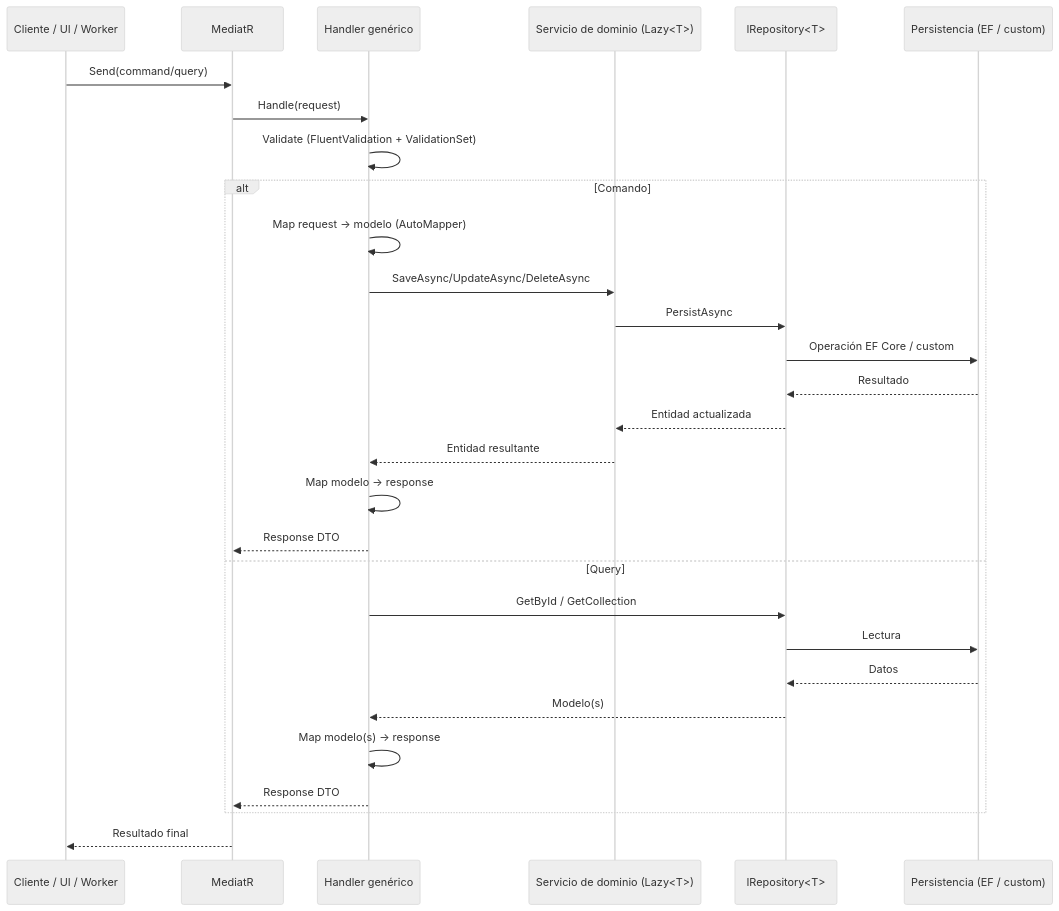
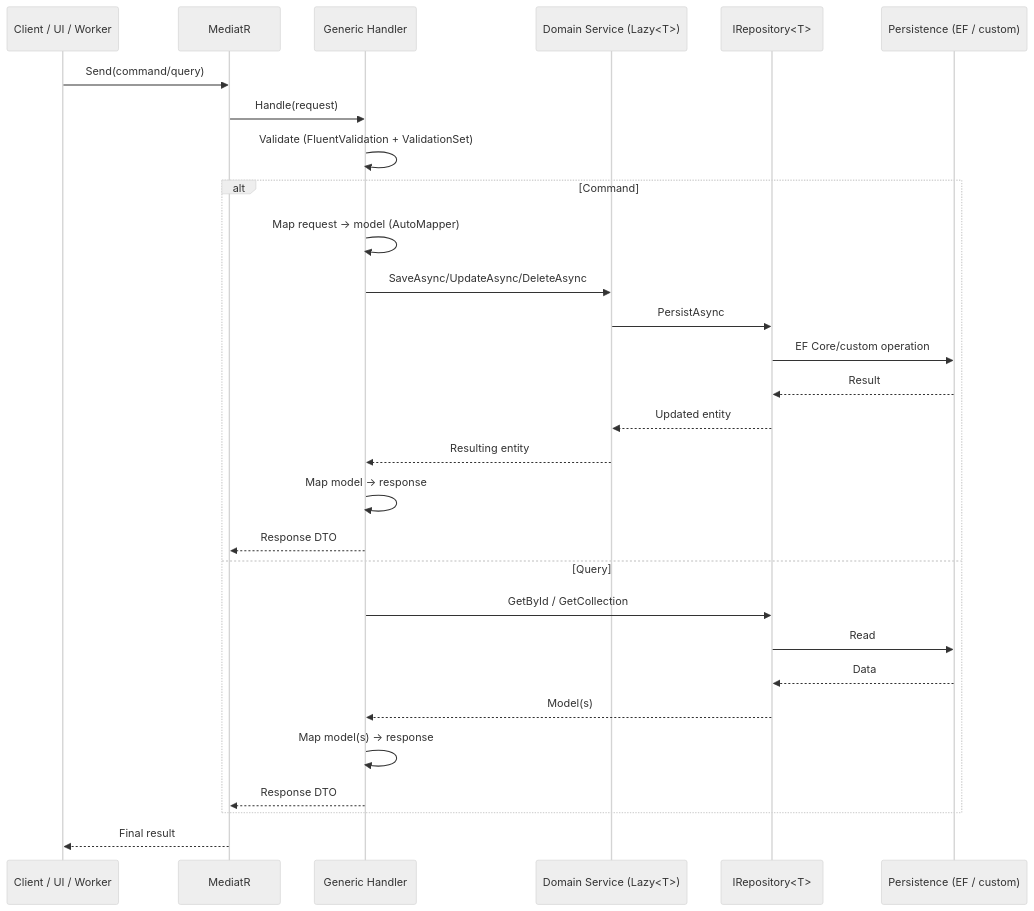
One commit to GbsoDev/Clean.Sdk changed the third of 3 diagrams in architecture/index.md. Above: the diagram before and after it, drawn with Mermaid (neutral theme). The commit also changed other lines of this file and 6 other files, not shown here.

````diff
--- a/architecture/index.md
+++ b/architecture/index.md
@@ -271,32 +271,32 @@
 ```mermaid
 sequenceDiagram
-    participant CLI as Cliente / UI / Worker
+    participant CLI as Client / UI / Worker
     participant MED as MediatR
-    participant HND as Handler genérico
-    participant SRV as Servicio de dominio (Lazy<T>)
+    participant HND as Generic Handler
+    participant SRV as Domain Service (Lazy<T>)
     participant REP as IRepository<T>
-    participant DB as Persistencia (EF / custom)
+    participant DB as Persistence (EF / custom)
 
     CLI->>MED: Send(command/query)
     MED->>HND: Handle(request)
     HND->>HND: Validate (FluentValidation + ValidationSet)
-    alt Comando
-        HND->>HND: Map request → modelo (AutoMapper)
+    alt Command
+        HND->>HND: Map request → model (AutoMapper)
         HND->>SRV: SaveAsync/UpdateAsync/DeleteAsync
         SRV->>REP: PersistAsync
-        REP->>DB: Operación EF Core / custom
-        DB-->>REP: Resultado
-        REP-->>SRV: Entidad actualizada
-        SRV-->>HND: Entidad resultante
-        HND->>HND: Map modelo → response
+        REP->>DB: EF Core/custom operation
+        DB-->>REP: Result
+        REP-->>SRV: Updated entity
+        SRV-->>HND: Resulting entity
+        HND->>HND: Map model → response
         HND-->>MED: Response DTO
     else Query
         HND->>REP: GetById / GetCollection
-        REP->>DB: Lectura
-        DB-->>REP: Datos
-        REP-->>HND: Modelo(s)
-        HND->>HND: Map modelo(s) → response
+        REP->>DB: Read
+        DB-->>REP: Data
+        REP-->>HND: Model(s)
+        HND->>HND: Map model(s) → response
         HND-->>MED: Response DTO
     end
-    MED-->>CLI: Resultado final
+    MED-->>CLI: Final result
 ```
````
